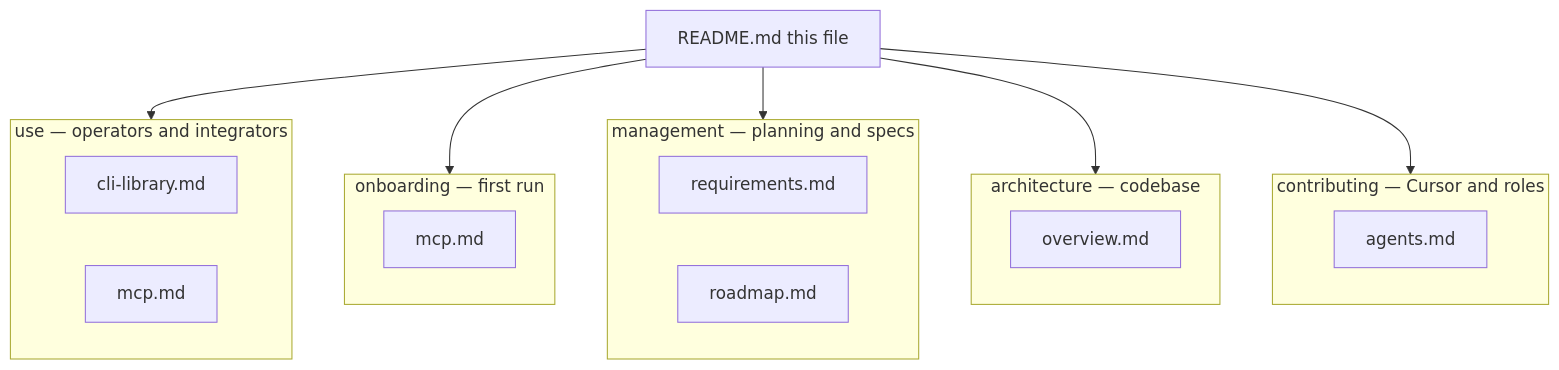
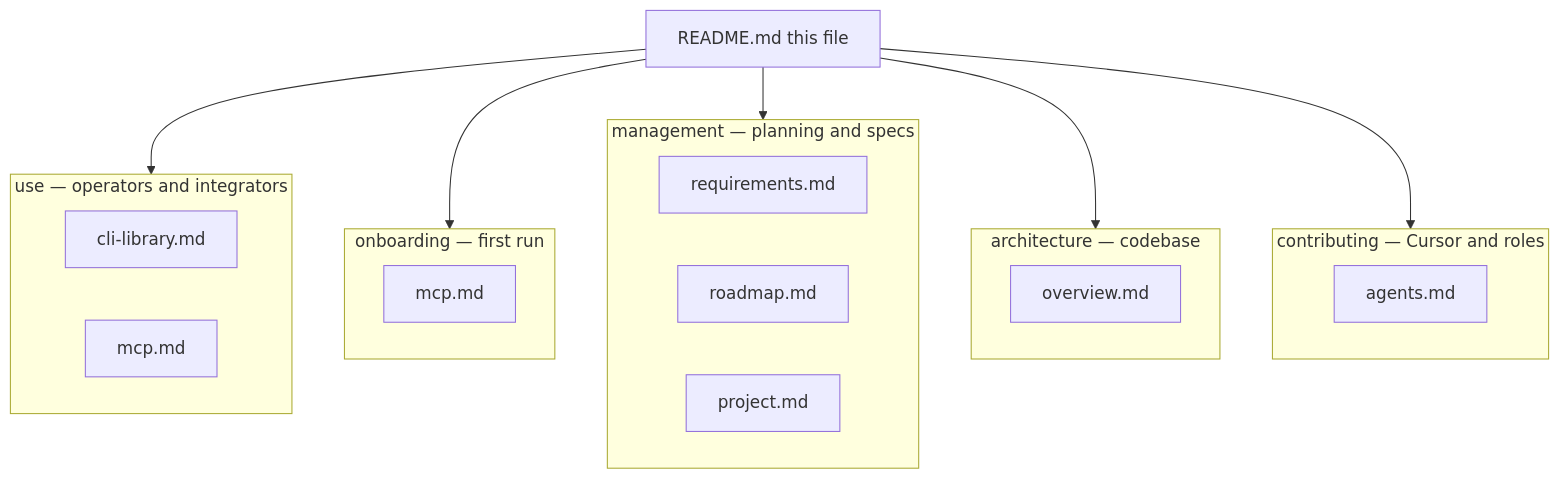
Before and after one commit to mayad123/pdfToRagAI: the diagram in docs/README.md, drawn with Mermaid. The commit also changed other lines of this file and 66 other files, not shown here.

First line of the commit message:
feat: Phase 7 portfolio artifacts, CI/publish, stable README mermaid

````diff
--- a/docs/README.md
+++ b/docs/README.md
@@ -7,26 +7,27 @@
 ```mermaid
 flowchart TB
   subgraph use [use — operators and integrators]
     U1[cli-library.md]
     U2[mcp.md]
   end
   subgraph onb [onboarding — first run]
     O1[mcp.md]
   end
   subgraph mgt [management — planning and specs]
     M1[requirements.md]
     M2[roadmap.md]
+    M3[project.md]
   end
   subgraph arch [architecture — codebase]
     A1[overview.md]
   end
   subgraph con [contributing — Cursor and roles]
     C1[agents.md]
   end
   ROOT[README.md this file]
   ROOT --> use
   ROOT --> onb
   ROOT --> mgt
   ROOT --> arch
   ROOT --> con
 ```
````
